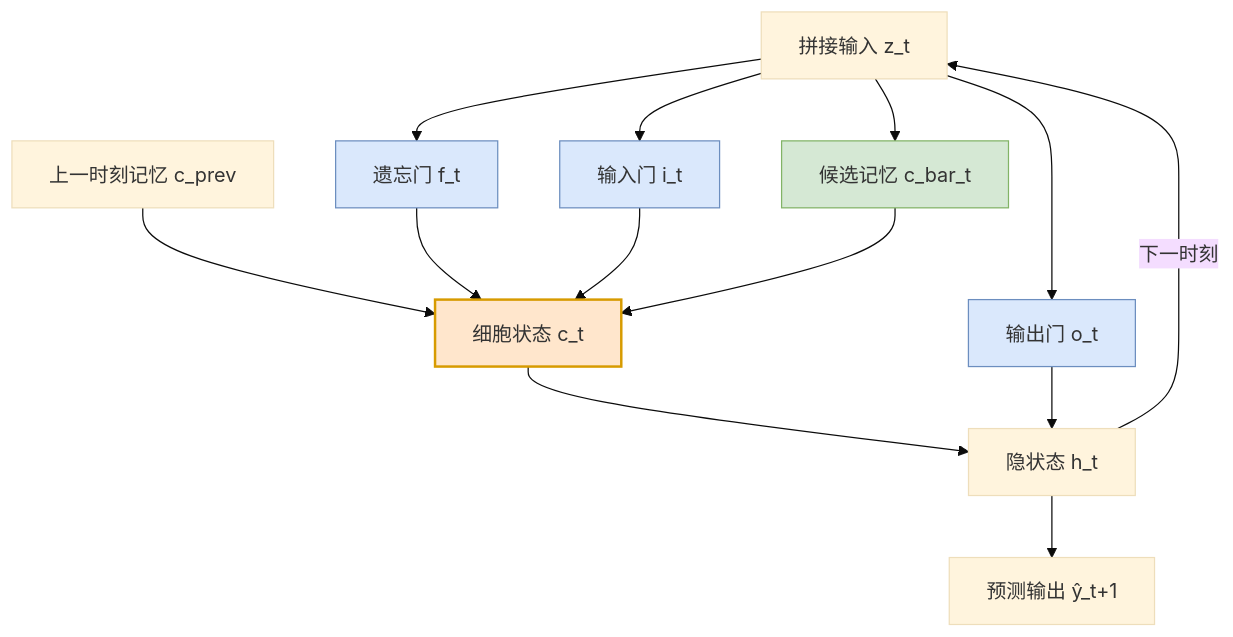
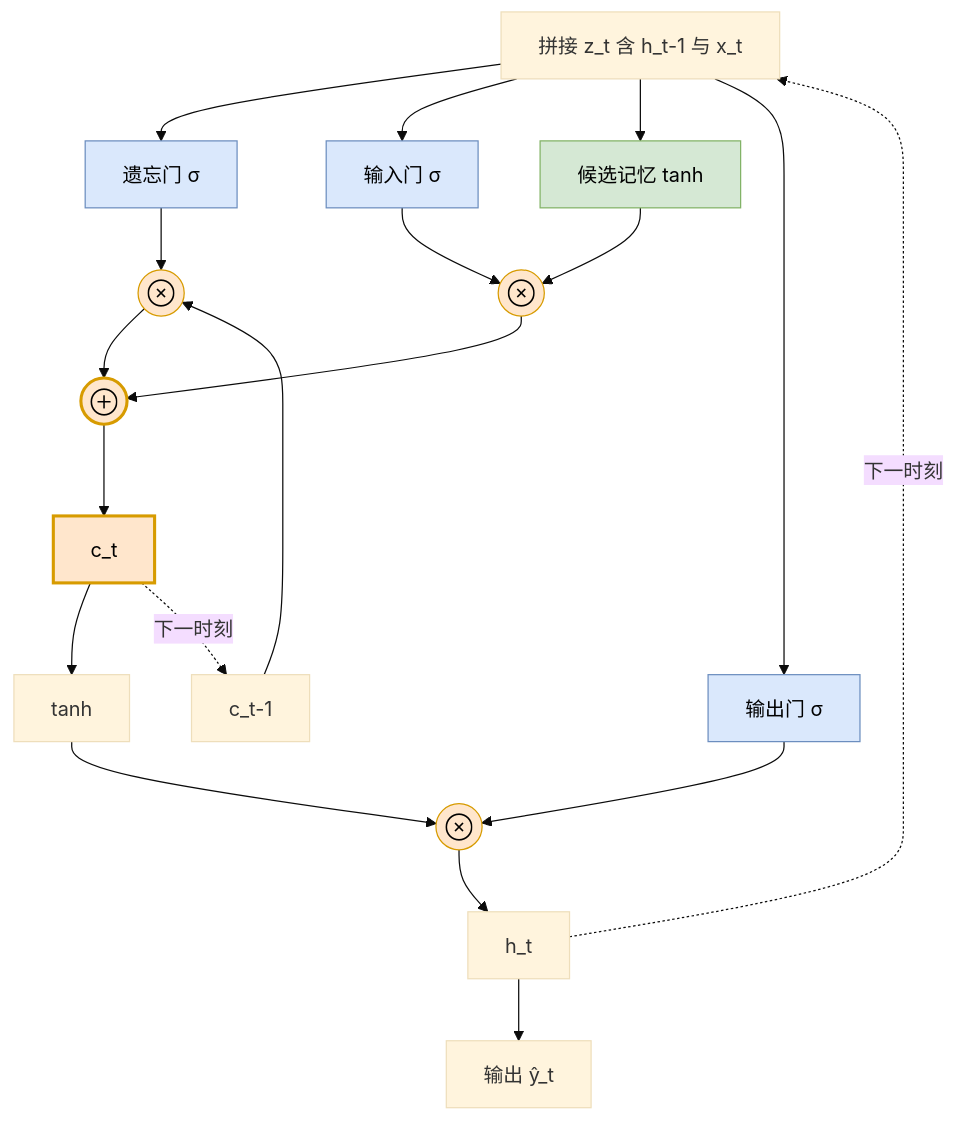
One commit to georisk-zsh/dl-geo changed the second of 5 diagrams in LSTM/LSTM_算法原理.md. Above: the diagram before and after it, drawn with Mermaid (base theme). The commit also changed other lines of this file, not shown here.

First line of the commit message:
Expand LSTM doc: add network schematics and full BPTT derivation

````diff
--- a/LSTM/LSTM_算法原理.md
+++ b/LSTM/LSTM_算法原理.md
@@ -212,31 +211,41 @@
 ```mermaid
 flowchart TB
-  Z["拼接输入 z_t"]
-  F["遗忘门 f_t"]
-  I["输入门 i_t"]
-  CB["候选记忆 c_bar_t"]
-  O["输出门 o_t"]
-  CPREV["上一时刻记忆 c_prev"]
-  C["细胞状态 c_t"]
-  H["隐状态 h_t"]
-  Y["预测输出 ŷ_t+1"]
+  ZT["拼接 z_t 含 h_t-1 与 x_t"]
+  GF["遗忘门 σ"]
+  GI["输入门 σ"]
+  GC["候选记忆 tanh"]
+  GO["输出门 σ"]
+  M1(("⊗"))
+  M2(("⊗"))
+  M3(("⊗"))
+  ADD(("⊕"))
+  TH["tanh"]
+  CPREV["c_t-1"]
+  CT["c_t"]
+  HT["h_t"]
+  YT["输出 ŷ_t"]
 
-  Z --> F
-  Z --> I
-  Z --> CB
-  Z --> O
-  CPREV --> C
-  F --> C
-  I --> C
-  CB --> C
-  C --> H
-  O --> H
-  H --> Y
-  H -->|下一时刻| Z
+  ZT --> GF --> M1
+  CPREV --> M1
+  M1 --> ADD
+  ZT --> GI --> M2
+  ZT --> GC --> M2
+  M2 --> ADD
+  ADD --> CT
+  CT --> TH --> M3
+  ZT --> GO --> M3
+  M3 --> HT
+  HT --> YT
+  CT -.->|下一时刻| CPREV
+  HT -.->|下一时刻| ZT
 
-  style C fill:#ffe6cc,stroke:#d79b00,stroke-width:2px
-  style F fill:#dae8fc,stroke:#6c8ebf
-  style I fill:#dae8fc,stroke:#6c8ebf
-  style O fill:#dae8fc,stroke:#6c8ebf
-  style CB fill:#d5e8d4,stroke:#82b366
+  style ADD fill:#ffe6cc,stroke:#d79b00,stroke-width:2.5px,color:#000
+  style M1 fill:#ffe6cc,stroke:#d79b00,color:#000
+  style M2 fill:#ffe6cc,stroke:#d79b00,color:#000
+  style M3 fill:#ffe6cc,stroke:#d79b00,color:#000
+  style CT fill:#ffe6cc,stroke:#d79b00,stroke-width:2.5px,color:#000
+  style GF fill:#dae8fc,stroke:#6c8ebf,color:#000
+  style GI fill:#dae8fc,stroke:#6c8ebf,color:#000
+  style GO fill:#dae8fc,stroke:#6c8ebf,color:#000
+  style GC fill:#d5e8d4,stroke:#82b366,color:#000
 ```
````
